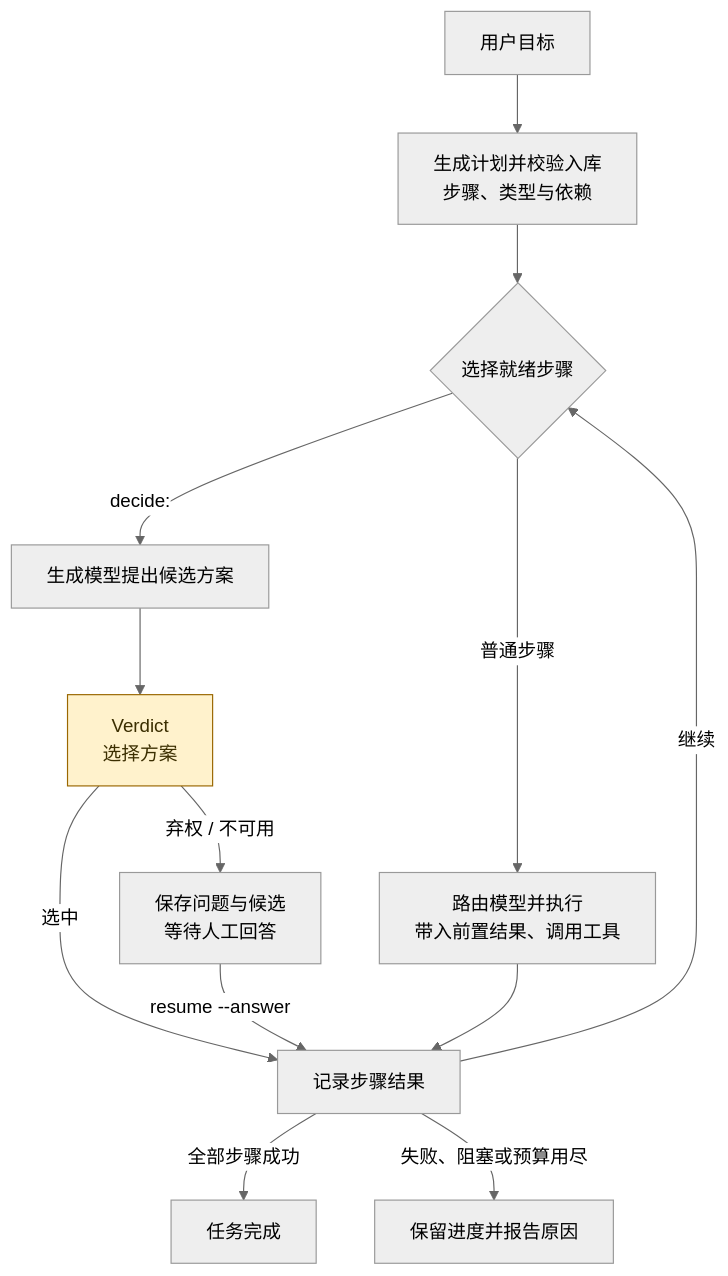
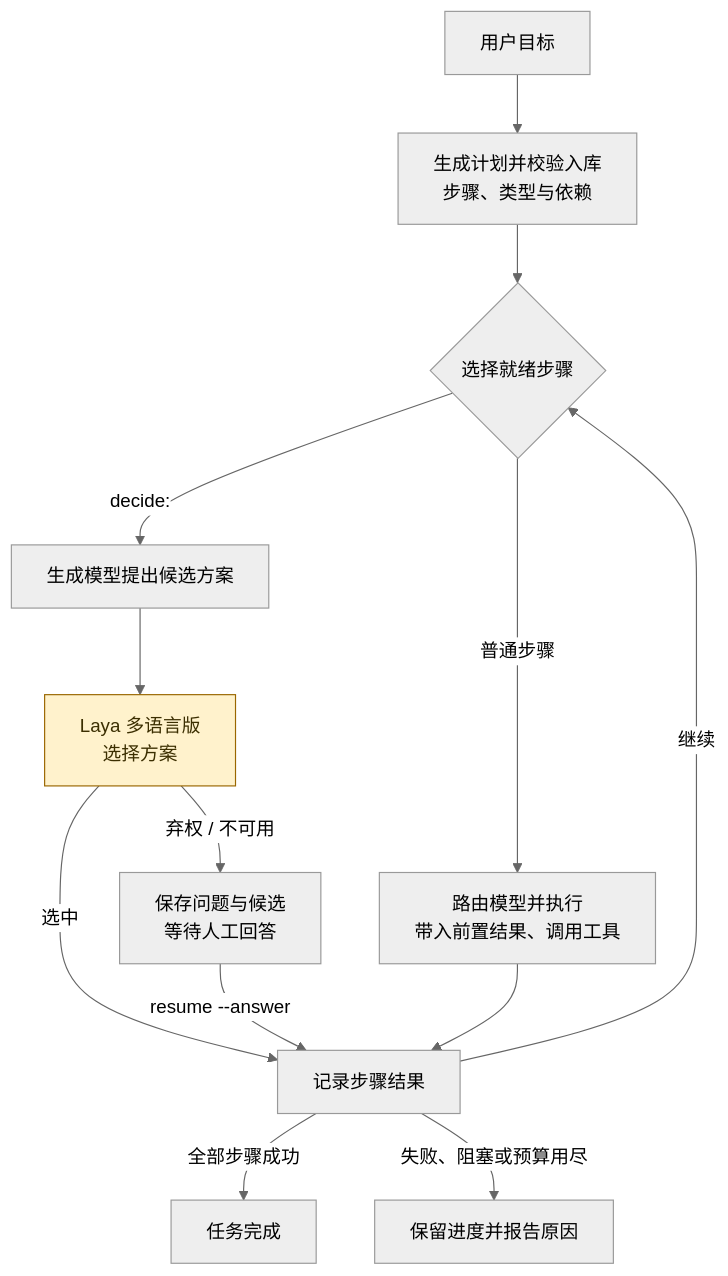
The fourth of 7 diagrams in README.md (sjxbbdb/YunXi-Bot), drawn with Mermaid (neutral theme) before and after one commit. The commit also changed other lines of this file and 185 other files, not shown here.

````diff
--- a/README.md
+++ b/README.md
@@ -196,17 +234,17 @@
 ```mermaid
 flowchart TB
     GOAL[用户目标] --> PLAN[生成计划并校验入库<br/>步骤、类型与依赖]
     PLAN --> KIND{选择就绪步骤}
     KIND -->|普通步骤| RUN[路由模型并执行<br/>带入前置结果、调用工具]
     KIND -->|decide:| OPTIONS[生成模型提出候选方案]
-    OPTIONS --> V[Verdict<br/>选择方案]
+    OPTIONS --> V[Laya 多语言版<br/>选择方案]
     V -->|选中| SAVE[记录步骤结果]
     V -->|弃权 / 不可用| HUMAN[保存问题与候选<br/>等待人工回答]
     HUMAN -->|resume --answer| SAVE
     RUN --> SAVE
     SAVE -->|继续| KIND
     SAVE -->|全部步骤成功| DONE[任务完成]
     SAVE -->|失败、阻塞或预算用尽| STOP[保留进度并报告原因]
     classDef decision fill:#fff2cc,stroke:#9a6700,color:#3b2e00;
     class V decision;
 ```
````
